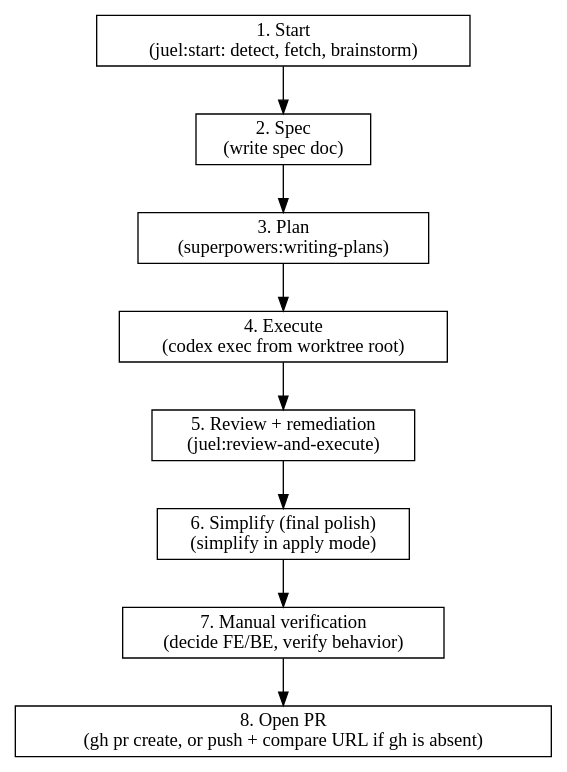
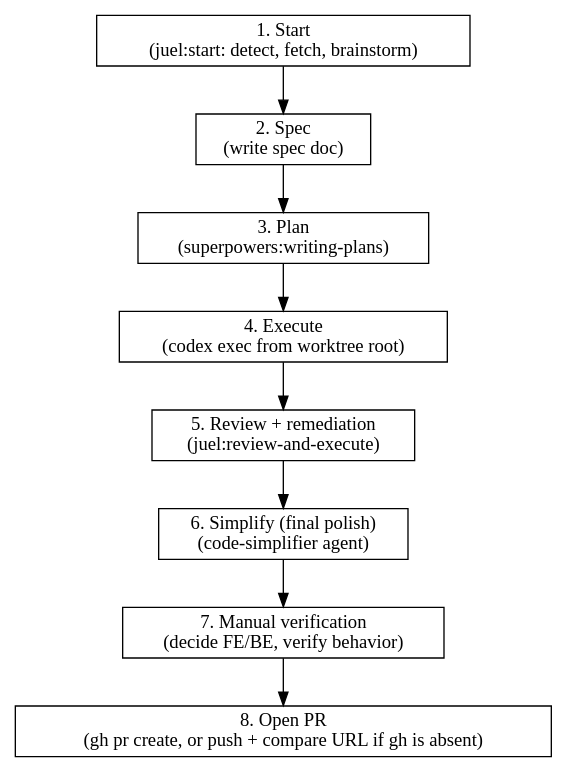
The diagram in skills/ship-ticket/SKILL.md (jrsgacusan/juel-claude), drawn with Graphviz before and after one commit. The commit also changed other lines of this file and 19 other files, not shown here.

````diff
--- a/skills/ship-ticket/SKILL.md
+++ b/skills/ship-ticket/SKILL.md
@@ -249,14 +249,14 @@
 ```dot
 digraph flow {
     rankdir=TB; node [shape=box];
     p1 [label="1. Start\n(juel:start: detect, fetch, brainstorm)"];
     p2 [label="2. Spec\n(write spec doc)"];
     p3 [label="3. Plan\n(superpowers:writing-plans)"];
     p4 [label="4. Execute\n(codex exec from worktree root)"];
     p5 [label="5. Review + remediation\n(juel:review-and-execute)"];
-    p6 [label="6. Simplify (final polish)\n(simplify in apply mode)"];
+    p6 [label="6. Simplify (final polish)\n(code-simplifier agent)"];
     p7 [label="7. Manual verification\n(decide FE/BE, verify behavior)"];
     p8 [label="8. Open PR\n(gh pr create, or push + compare URL if gh is absent)"];
     p1 -> p2 -> p3 -> p4 -> p5 -> p6 -> p7 -> p8;
 }
 ```
````
